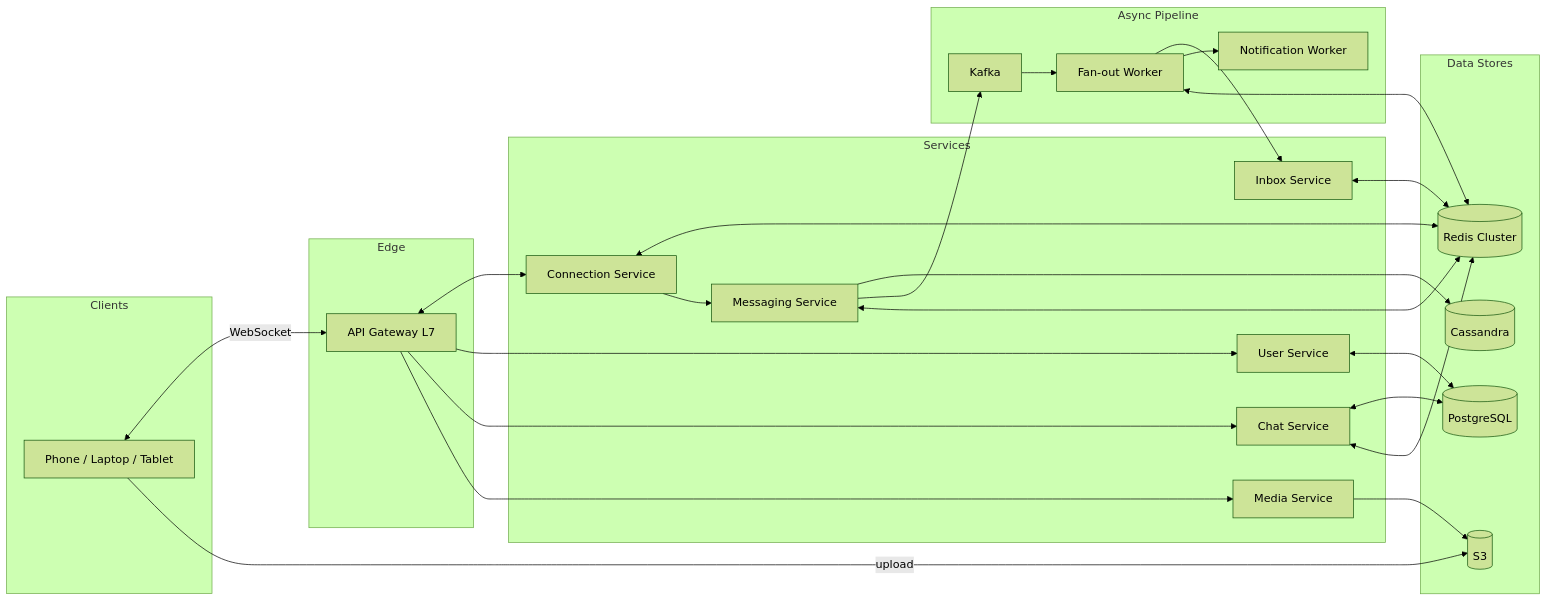
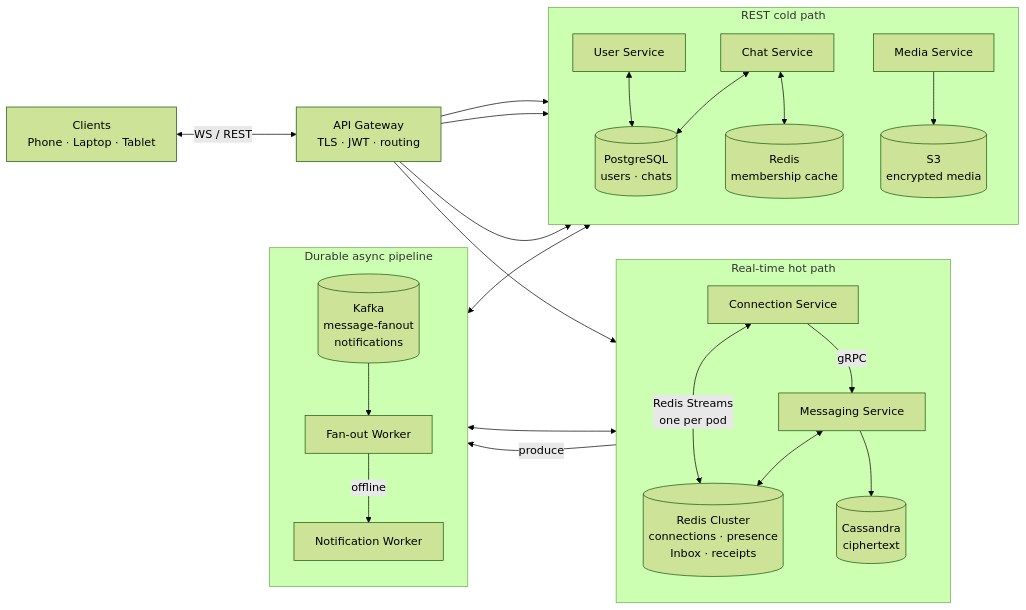
Before and after one commit to shahidbits2012/staff-plus: the seventh of 12 diagrams in docs/problems/messaging/chat-system.md, drawn with Mermaid (forest theme). The commit also changed other lines of this file and 27 other files, not shown here.

````diff
--- a/docs/problems/messaging/chat-system.md
+++ b/docs/problems/messaging/chat-system.md
@@ -664,57 +972,37 @@
 ```mermaid
-graph LR
-    subgraph Clients
-        C[Phone / Laptop / Tablet]
+flowchart LR
+    C[Clients<br/>Phone · Laptop · Tablet] <-->|WS / REST| GW[API Gateway<br/>TLS · JWT · routing]
+
+    GW --> CONN
+    GW --> CHAT
+    GW --> USER
+    GW --> MEDIA
+
+    subgraph hot [Real-time hot path]
+        direction TB
+        CONN[Connection Service] <-->|Redis Streams<br/>one per pod| REDIS_REG[(Redis Cluster<br/>connections · presence<br/>Inbox · receipts)]
+        CONN -->|gRPC| MSG[Messaging Service]
+        MSG <--> REDIS_REG
+        MSG --> CASS[(Cassandra<br/>ciphertext)]
     end
 
-    subgraph Edge
-        GW[API Gateway L7]
+    subgraph cold [REST cold path]
+        direction TB
+        CHAT[Chat Service] <--> PG[(PostgreSQL<br/>users · chats)]
+        CHAT <--> REDIS_CACHE[(Redis<br/>membership cache)]
+        USER[User Service] <--> PG
+        MEDIA[Media Service] --> S3[(S3<br/>encrypted media)]
     end
 
-    subgraph Services
-        CONN[Connection Service]
-        MS[Messaging Service]
-        CS[Chat Service]
-        IS[Inbox Service]
-        US[User Service]
-        MDS[Media Service]
+    subgraph async [Durable async pipeline]
+        direction TB
+        KAFKA[(Kafka<br/>message-fanout<br/>notifications)]
+        FANOUT[Fan-out Worker] <--> REDIS_REG
+        FANOUT <--> REDIS_CACHE
+        NOTIFY[Notification Worker]
     end
 
-    subgraph Async_Pipeline[Async Pipeline]
-        KF[Kafka]
-        FOS[Fan-out Worker]
-        NS[Notification Worker]
-    end
-
-    subgraph Data_Stores[Data Stores]
-        PG[(PostgreSQL)]
-        CASS[(Cassandra)]
-        REDIS[(Redis Cluster)]
-        S3[(S3)]
-    end
-
-    C <-->|WebSocket| GW
-    C -->|upload| S3
-    GW <--> CONN
-    GW --> US
-    GW --> CS
-    GW --> MDS
-
-    CONN <--> REDIS
-    CONN --> MS
-
-    MS --> CASS
-    MS --> KF
-    MS <--> REDIS
-
-    KF --> FOS
-    FOS --> IS
-    FOS --> NS
-    FOS <--> REDIS
-
-    IS <--> REDIS
-    US <--> PG
-    CS <--> PG
-    CS <--> REDIS
-    MDS --> S3
+    MSG -->|produce| KAFKA
+    KAFKA --> FANOUT
+    FANOUT -->|offline| NOTIFY
 ```
````
